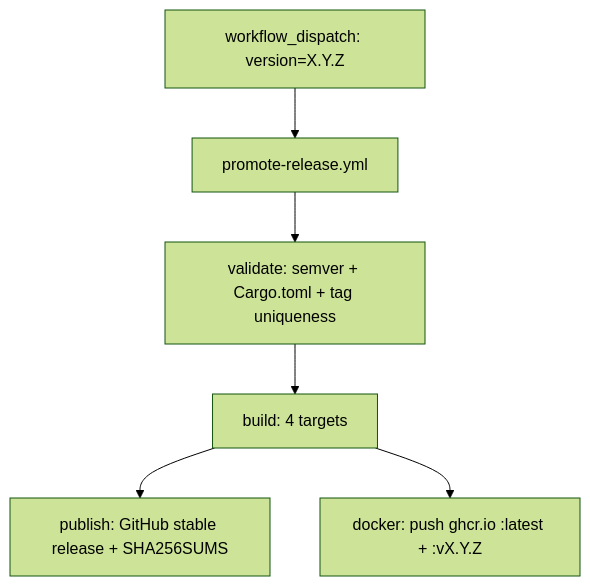
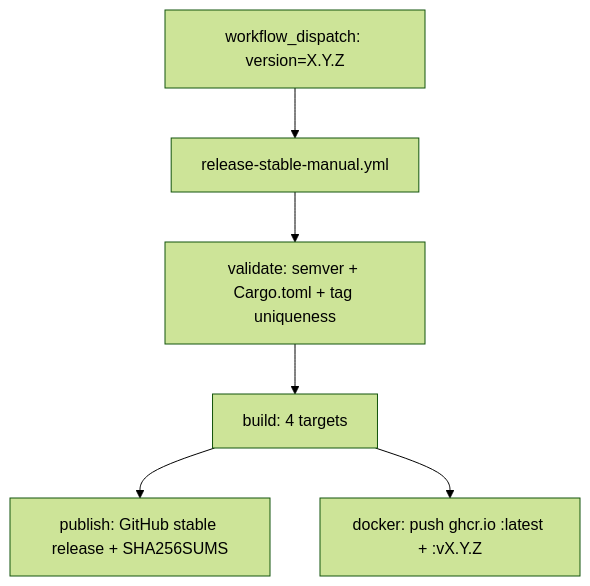
The third of 3 diagrams in .github/workflows/master-branch-flow.md (hahaxunv2/zeroclaw), drawn with Mermaid (forest theme) before and after one commit. The commit also changed other lines of this file and 7 other files, not shown here.

````diff
--- a/.github/workflows/master-branch-flow.md
+++ b/.github/workflows/master-branch-flow.md
@@ -112,8 +116,8 @@
 ```mermaid
 flowchart TD
-  A["workflow_dispatch: version=X.Y.Z"] --> B["promote-release.yml"]
+  A["workflow_dispatch: version=X.Y.Z"] --> B["release-stable-manual.yml"]
   B --> B1["validate: semver + Cargo.toml + tag uniqueness"]
   B1 --> B2["build: 4 targets"]
   B2 --> B3["publish: GitHub stable release + SHA256SUMS"]
   B2 --> B4["docker: push ghcr.io :latest + :vX.Y.Z"]
 ```
````
